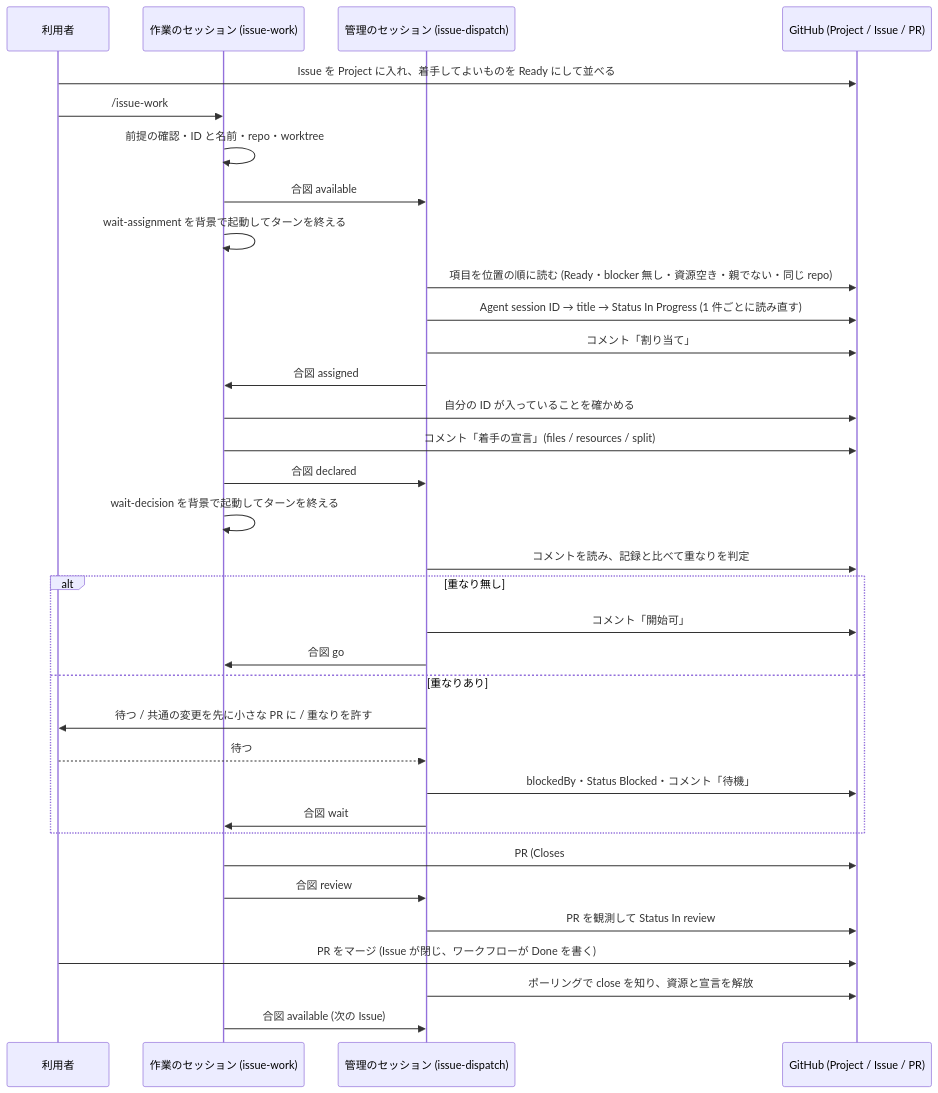
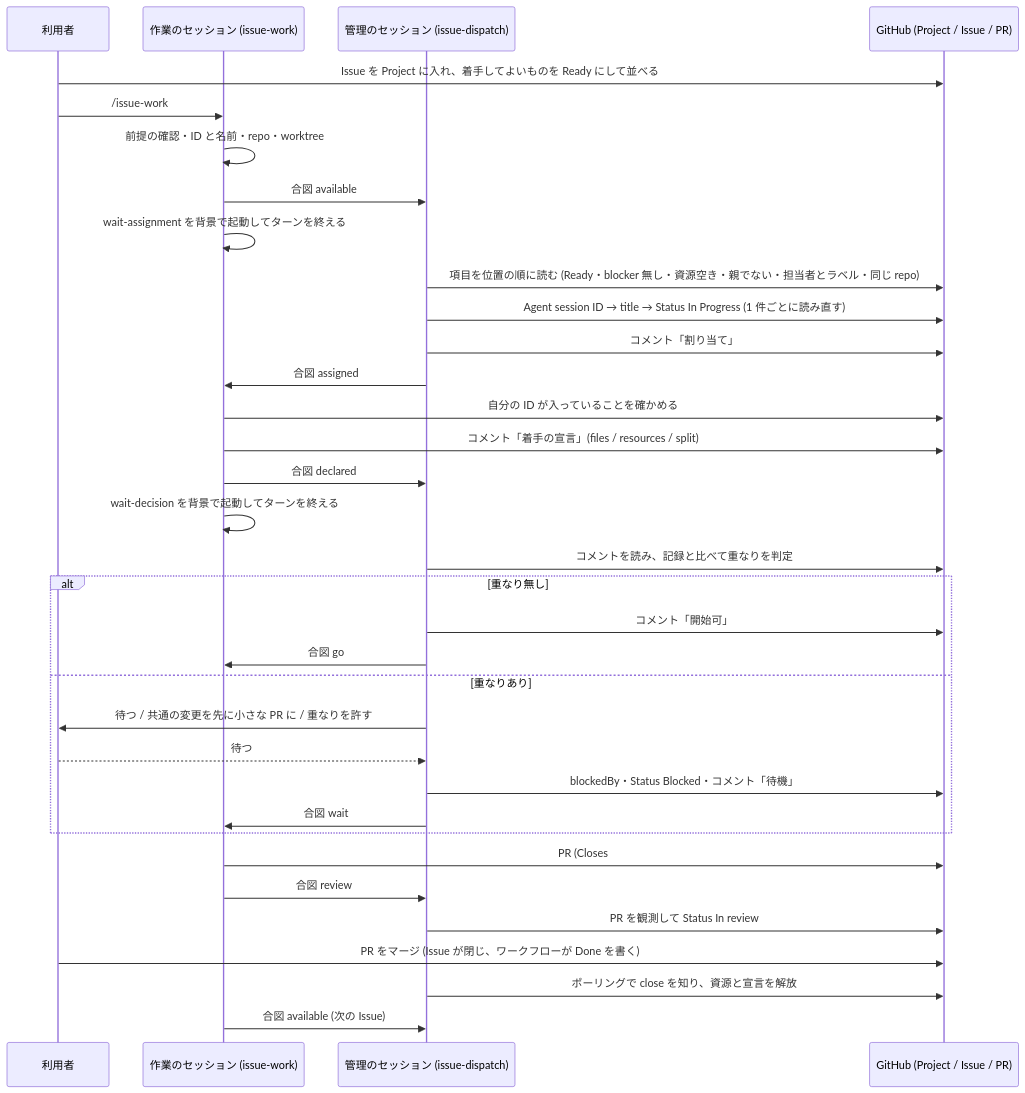
Before and after one commit to akm/claude-plugins: the first of 3 diagrams in docs/plans/2026-10-06-2025-feat-issue-dispatch-plan.md, drawn with Mermaid. The commit also changed other lines of this file, not shown here.

First line of the commit message:
📝 docs(plans): issue-dispatch の割り当ての候補を、担当者とラベル human-handed で絞る (#114)

````diff
--- a/docs/plans/2026-10-06-2025-feat-issue-dispatch-plan.md
+++ b/docs/plans/2026-10-06-2025-feat-issue-dispatch-plan.md
@@ -487,37 +493,37 @@
 ```mermaid
 sequenceDiagram
   participant U as 利用者
   participant W as 作業のセッション (issue-work)
   participant M as 管理のセッション (issue-dispatch)
   participant G as GitHub (Project / Issue / PR)
 
   U->>G: Issue を Project に入れ、着手してよいものを Ready にして並べる
   U->>W: /issue-work
   W->>W: 前提の確認・ID と名前・repo・worktree
   W->>M: 合図 available
   W->>W: wait-assignment を背景で起動してターンを終える
-  M->>G: 項目を位置の順に読む (Ready・blocker 無し・資源空き・親でない・同じ repo)
+  M->>G: 項目を位置の順に読む (Ready・blocker 無し・資源空き・親でない・担当者とラベル・同じ repo)
   M->>G: Agent session ID → title → Status In Progress (1 件ごとに読み直す)
   M->>G: コメント「割り当て」
   M->>W: 合図 assigned
   W->>G: 自分の ID が入っていることを確かめる
   W->>G: コメント「着手の宣言」(files / resources / split)
   W->>M: 合図 declared
   W->>W: wait-decision を背景で起動してターンを終える
   M->>G: コメントを読み、記録と比べて重なりを判定
   alt 重なり無し
     M->>G: コメント「開始可」
     M->>W: 合図 go
   else 重なりあり
     M->>U: 待つ / 共通の変更を先に小さな PR に / 重なりを許す
     U-->>M: 待つ
     M->>G: blockedBy・Status Blocked・コメント「待機」
     M->>W: 合図 wait
   end
   W->>G: PR (Closes #N) を作り ready for review にする
   W->>M: 合図 review
   M->>G: PR を観測して Status In review
   U->>G: PR をマージ (Issue が閉じ、ワークフローが Done を書く)
   M->>G: ポーリングで close を知り、資源と宣言を解放
   W->>M: 合図 available (次の Issue)
 ```
````
